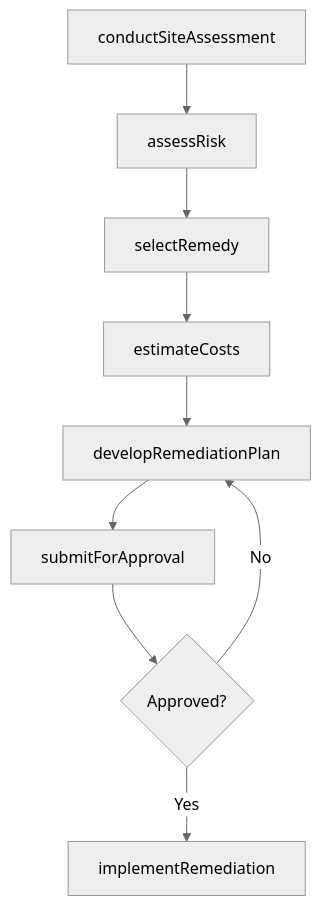
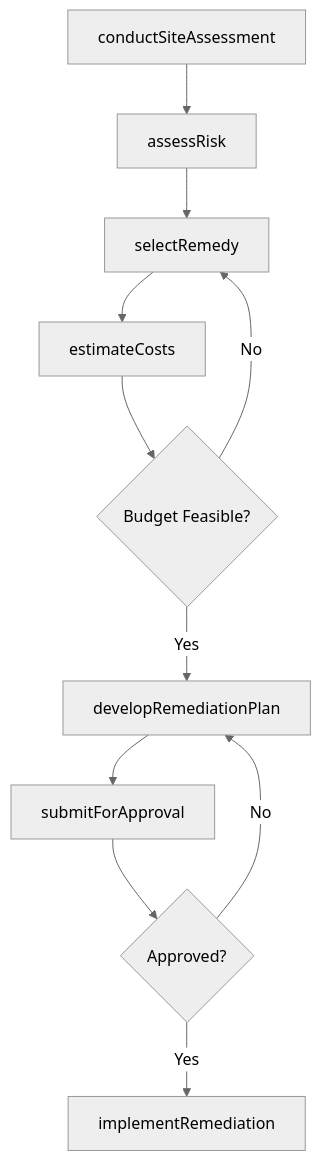
Before and after one commit to dot-org-ai/tasks.org.ai: the third of 4 diagrams in ThinkingCreatively/DevelopPlansForManagingOrPreservingNaturalResources/DevelopEnvironmentalRemediationProtectionPlans.mdx, drawn with Mermaid (neutral theme). The commit also changed other lines of this file and 504 other files, not shown here.

First line of the commit message:
feat: Add ER diagrams, state diagrams, and workflow improvements to 96 DWA task files

````diff
--- a/ThinkingCreatively/DevelopPlansForManagingOrPreservingNaturalResources/DevelopEnvironmentalRemediationProtectionPlans.mdx
+++ b/ThinkingCreatively/DevelopPlansForManagingOrPreservingNaturalResources/DevelopEnvironmentalRemediationProtectionPlans.mdx
@@ -89,11 +119,13 @@
 ```mermaid
 graph TD
     A[conductSiteAssessment] --> B[assessRisk]
     B --> C[selectRemedy]
     C --> D[estimateCosts]
-    D --> E[developRemediationPlan]
-    E --> F[submitForApproval]
-    F --> G{Approved?}
-    G -->|No| E
-    G -->|Yes| H[implementRemediation]
+    D --> E{Budget Feasible?}
+    E -->|No| C
+    E -->|Yes| F[developRemediationPlan]
+    F --> G[submitForApproval]
+    G --> H{Approved?}
+    H -->|No| F
+    H -->|Yes| I[implementRemediation]
 ```
````
